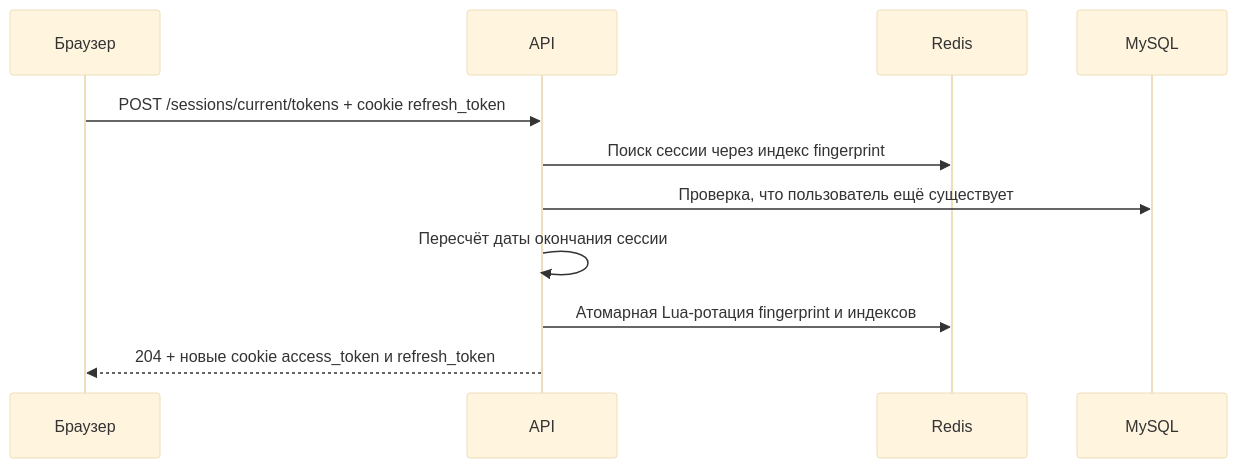
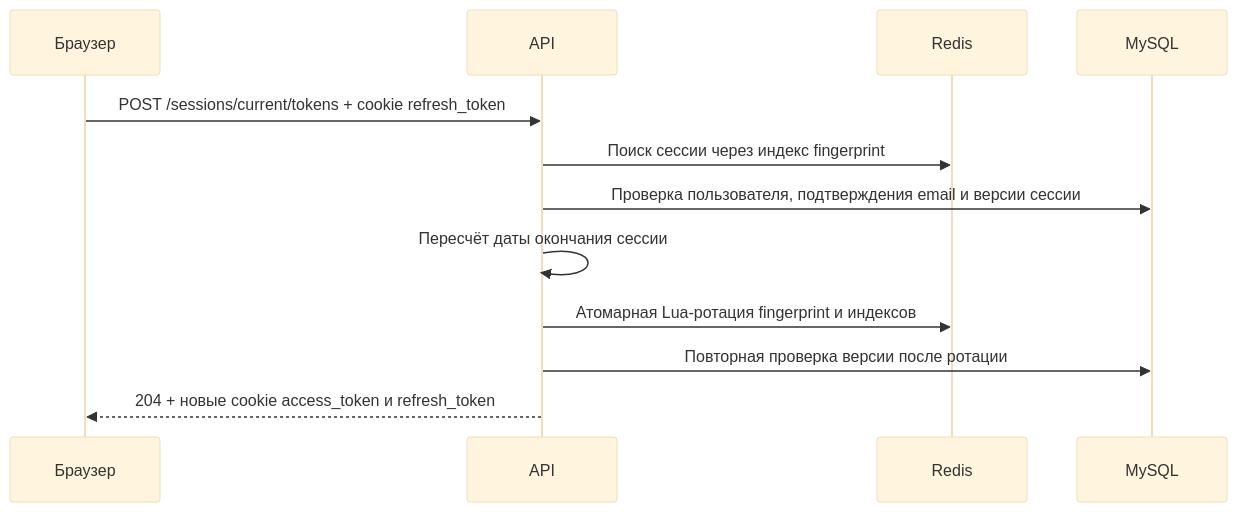
One commit to ViaCode-Team/ViaTradeBackend changed the fourth of 4 diagrams in docs/auth.md. Above: the diagram before and after it, drawn with Mermaid (base theme). The commit also changed other lines of this file and 61 other files, not shown here.

````diff
--- a/docs/auth.md
+++ b/docs/auth.md
@@ -180,14 +183,15 @@
 ```mermaid
 sequenceDiagram
     participant B as Браузер
     participant API as API
     participant R as Redis
     participant DB as MySQL
 
     B->>API: POST /sessions/current/tokens + cookie refresh_token
     API->>R: Поиск сессии через индекс fingerprint
-    API->>DB: Проверка, что пользователь ещё существует
+    API->>DB: Проверка пользователя, подтверждения email и версии сессии
     API->>API: Пересчёт даты окончания сессии
     API->>R: Атомарная Lua-ротация fingerprint и индексов
+    API->>DB: Повторная проверка версии после ротации
     API-->>B: 204 + новые cookie access_token и refresh_token
 ```
````
